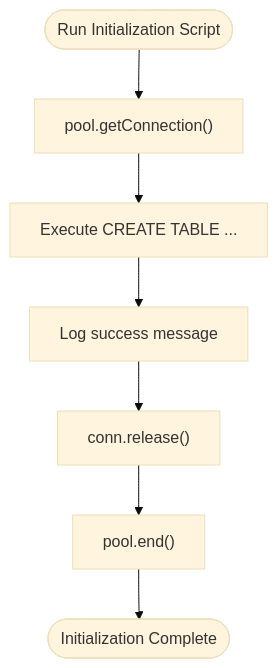
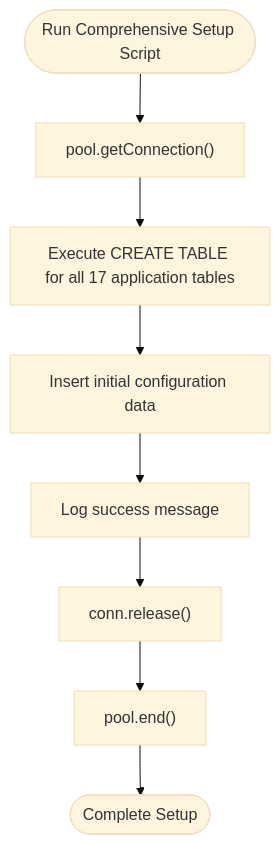
Before and after one commit to luiseduacosta/nodemural: the sixth of 7 diagrams in .qoder/repowiki/en/content/Data Models & Database Design/Database Architecture & Connection Management.md, drawn with Mermaid (base theme). The commit also changed other lines of this file and 27 other files, not shown here.

````diff
--- a/.qoder/repowiki/en/content/Data Models & Database Design/Database Architecture & Connection Management.md
+++ b/.qoder/repowiki/en/content/Data Models & Database Design/Database Architecture & Connection Management.md
@@ -291,9 +306,10 @@
 ```mermaid
 flowchart TD
-InitStart(["Run Initialization Script"]) --> Connect["pool.getConnection()"]
-Connect --> ExecDDL["Execute CREATE TABLE ..."]
-ExecDDL --> LogSuccess["Log success message"]
+InitStart(["Run Comprehensive Setup Script"]) --> Connect["pool.getConnection()"]
+Connect --> ExecDDL["Execute CREATE TABLE for all 17 application tables"]
+ExecDDL --> InsertConfig["Insert initial configuration data"]
+InsertConfig --> LogSuccess["Log success message"]
 LogSuccess --> Release["conn.release()"]
 Release --> EndPool["pool.end()"]
-EndPool --> InitEnd(["Initialization Complete"])
+EndPool --> InitEnd(["Complete Setup"])
 ```
````
